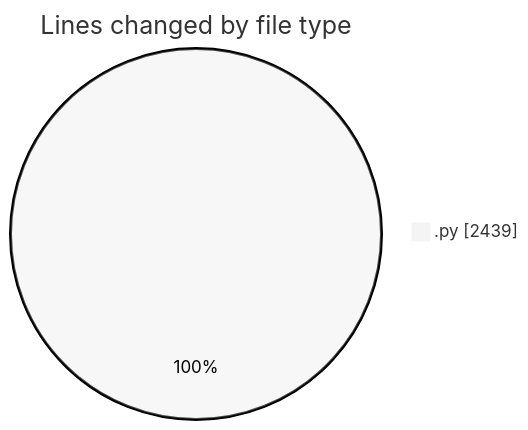
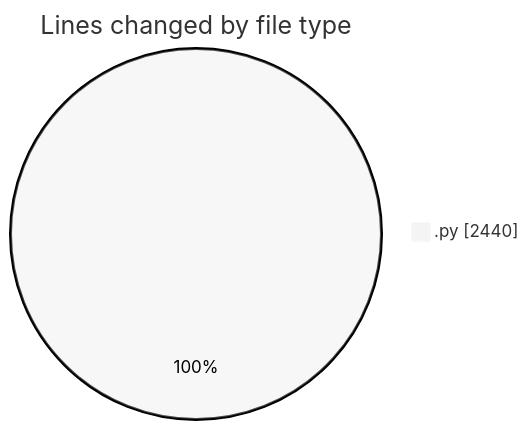
Before and after one commit to julien-gomy/code-tracking: the first of 2 diagrams in 2025-10-15/eventscop-api-guide__workspace_/README.md, drawn with Mermaid (neutral theme). The commit also changed other lines of this file and 1 other file, not shown here.

````diff
--- a/2025-10-15/eventscop-api-guide__workspace_/README.md
+++ b/2025-10-15/eventscop-api-guide__workspace_/README.md
@@ -24,5 +24,5 @@
 ```mermaid
 pie showData
 title Lines changed by file type
-".py" : 2439
+".py" : 2440
 ```
````
